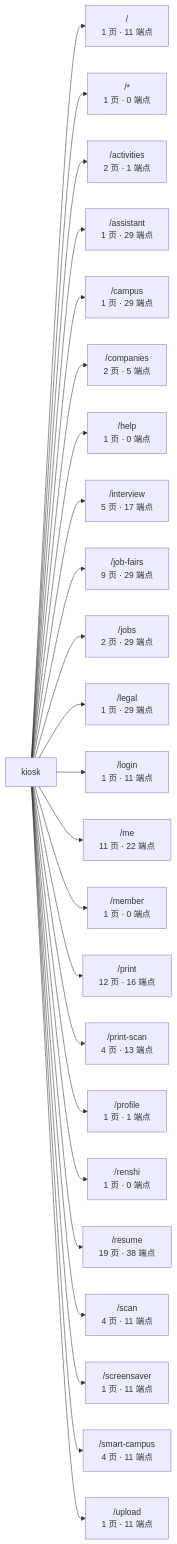
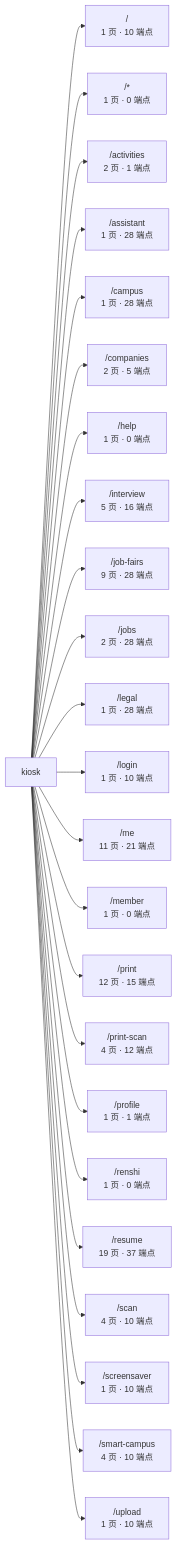
Before and after one commit to wanglei581/YITIJI: the first of 3 diagrams in docs/graph/routes.md, drawn with Mermaid. The commit also changed other lines of this file and 13 other files, not shown here.

First line of the commit message:
chore(repo): 资产体积门禁 + 证据目录 ignore + 修图谱中文名失明 + 删自相矛盾门禁 (#809)

````diff
--- a/docs/graph/routes.md
+++ b/docs/graph/routes.md
@@ -17,27 +17,27 @@
 ```mermaid
 flowchart LR
   app["kiosk"]
-  app --> _root_["/<br/>1 页 · 11 端点"]
+  app --> _root_["/<br/>1 页 · 10 端点"]
   app --> _["/*<br/>1 页 · 0 端点"]
   app --> activities["/activities<br/>2 页 · 1 端点"]
-  app --> assistant["/assistant<br/>1 页 · 29 端点"]
-  app --> campus["/campus<br/>1 页 · 29 端点"]
+  app --> assistant["/assistant<br/>1 页 · 28 端点"]
+  app --> campus["/campus<br/>1 页 · 28 端点"]
   app --> companies["/companies<br/>2 页 · 5 端点"]
   app --> help["/help<br/>1 页 · 0 端点"]
-  app --> interview["/interview<br/>5 页 · 17 端点"]
-  app --> job_fairs["/job-fairs<br/>9 页 · 29 端点"]
-  app --> jobs["/jobs<br/>2 页 · 29 端点"]
-  app --> legal["/legal<br/>1 页 · 29 端点"]
-  app --> login["/login<br/>1 页 · 11 端点"]
-  app --> me["/me<br/>11 页 · 22 端点"]
+  app --> interview["/interview<br/>5 页 · 16 端点"]
+  app --> job_fairs["/job-fairs<br/>9 页 · 28 端点"]
+  app --> jobs["/jobs<br/>2 页 · 28 端点"]
+  app --> legal["/legal<br/>1 页 · 28 端点"]
+  app --> login["/login<br/>1 页 · 10 端点"]
+  app --> me["/me<br/>11 页 · 21 端点"]
   app --> member["/member<br/>1 页 · 0 端点"]
-  app --> print["/print<br/>12 页 · 16 端点"]
-  app --> print_scan["/print-scan<br/>4 页 · 13 端点"]
+  app --> print["/print<br/>12 页 · 15 端点"]
+  app --> print_scan["/print-scan<br/>4 页 · 12 端点"]
   app --> profile["/profile<br/>1 页 · 1 端点"]
   app --> renshi["/renshi<br/>1 页 · 0 端点"]
-  app --> resume["/resume<br/>19 页 · 38 端点"]
-  app --> scan["/scan<br/>4 页 · 11 端点"]
-  app --> screensaver["/screensaver<br/>1 页 · 11 端点"]
-  app --> smart_campus["/smart-campus<br/>4 页 · 11 端点"]
-  app --> upload["/upload<br/>1 页 · 11 端点"]
+  app --> resume["/resume<br/>19 页 · 37 端点"]
+  app --> scan["/scan<br/>4 页 · 10 端点"]
+  app --> screensaver["/screensaver<br/>1 页 · 10 端点"]
+  app --> smart_campus["/smart-campus<br/>4 页 · 10 端点"]
+  app --> upload["/upload<br/>1 页 · 10 端点"]
 ```
````
